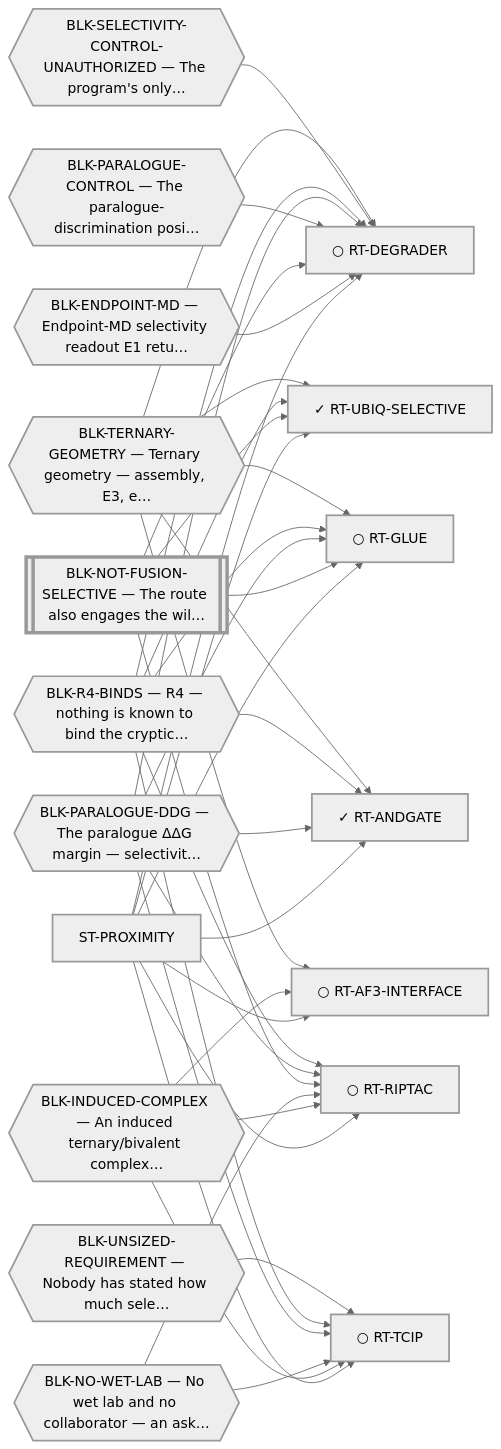
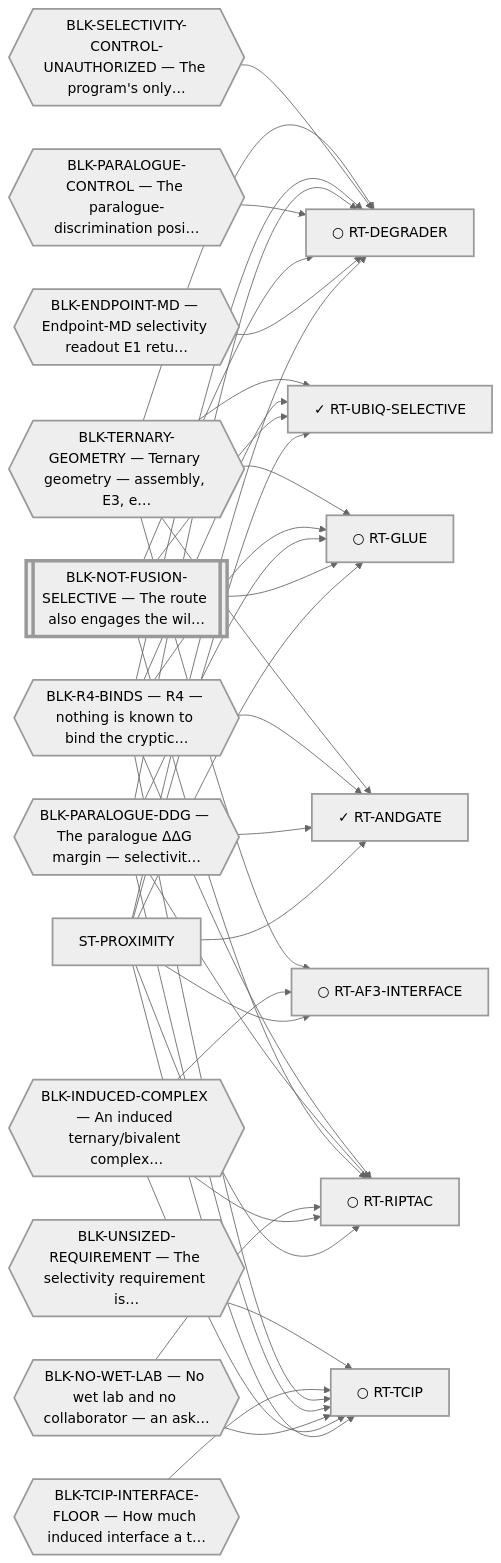
One commit to trimcrae/Rare-cancers changed the diagram in systems/views/L1-st-proximity.md. Above: the diagram before and after it, drawn with Mermaid (neutral theme). The commit also changed 11 other files, not shown here.

````diff
--- a/systems/views/L1-st-proximity.md
+++ b/systems/views/L1-st-proximity.md
@@ -35,62 +35,64 @@
 ```mermaid
 flowchart LR
   ST_PROXIMITY["ST-PROXIMITY"]:::fam
   RT_AF3_INTERFACE["○ RT-AF3-INTERFACE"]:::fam
   ST_PROXIMITY --> RT_AF3_INTERFACE
   RT_ANDGATE["✓ RT-ANDGATE"]:::fam
   ST_PROXIMITY --> RT_ANDGATE
   RT_DEGRADER["○ RT-DEGRADER"]:::fam
   ST_PROXIMITY --> RT_DEGRADER
   RT_GLUE["○ RT-GLUE"]:::fam
   ST_PROXIMITY --> RT_GLUE
   RT_RIPTAC["○ RT-RIPTAC"]:::fam
   ST_PROXIMITY --> RT_RIPTAC
   RT_TCIP["○ RT-TCIP"]:::fam
   ST_PROXIMITY --> RT_TCIP
   RT_UBIQ_SELECTIVE["✓ RT-UBIQ-SELECTIVE"]:::fam
   ST_PROXIMITY --> RT_UBIQ_SELECTIVE
 
   BLK_ENDPOINT_MD{{"BLK-ENDPOINT-MD — Endpoint-MD selectivity readout E1 retu…"}}:::blk
   BLK_ENDPOINT_MD --> RT_DEGRADER
   BLK_INDUCED_COMPLEX{{"BLK-INDUCED-COMPLEX — An induced ternary/bivalent complex…"}}:::blk
   BLK_INDUCED_COMPLEX --> RT_AF3_INTERFACE
   BLK_INDUCED_COMPLEX --> RT_RIPTAC
   BLK_INDUCED_COMPLEX --> RT_TCIP
   BLK_NO_WET_LAB{{"BLK-NO-WET-LAB — No wet lab and no collaborator — an ask…"}}:::blk
   BLK_NO_WET_LAB --> RT_RIPTAC
   BLK_NO_WET_LAB --> RT_TCIP
   BLK_NOT_FUSION_SELECTIVE[["BLK-NOT-FUSION-SELECTIVE — The route also engages the wil…"]]:::perm
   BLK_NOT_FUSION_SELECTIVE --> RT_DEGRADER
   BLK_NOT_FUSION_SELECTIVE --> RT_GLUE
   BLK_NOT_FUSION_SELECTIVE --> RT_RIPTAC
   BLK_NOT_FUSION_SELECTIVE --> RT_UBIQ_SELECTIVE
   BLK_PARALOGUE_CONTROL{{"BLK-PARALOGUE-CONTROL — The paralogue-discrimination posi…"}}:::blk
   BLK_PARALOGUE_CONTROL --> RT_DEGRADER
   BLK_PARALOGUE_DDG{{"BLK-PARALOGUE-DDG — The paralogue ΔΔG margin — selectivit…"}}:::blk
   BLK_PARALOGUE_DDG --> RT_ANDGATE
   BLK_PARALOGUE_DDG --> RT_DEGRADER
   BLK_PARALOGUE_DDG --> RT_GLUE
   BLK_PARALOGUE_DDG --> RT_RIPTAC
   BLK_PARALOGUE_DDG --> RT_TCIP
   BLK_R4_BINDS{{"BLK-R4-BINDS — R4 — nothing is known to bind the cryptic…"}}:::blk
   BLK_R4_BINDS --> RT_ANDGATE
   BLK_R4_BINDS --> RT_DEGRADER
   BLK_R4_BINDS --> RT_GLUE
   BLK_R4_BINDS --> RT_RIPTAC
   BLK_R4_BINDS --> RT_TCIP
   BLK_R4_BINDS --> RT_UBIQ_SELECTIVE
   BLK_SELECTIVITY_CONTROL_UNAUTHORIZED{{"BLK-SELECTIVITY-CONTROL-UNAUTHORIZED — The program's only…"}}:::blk
   BLK_SELECTIVITY_CONTROL_UNAUTHORIZED --> RT_DEGRADER
+  BLK_TCIP_INTERFACE_FLOOR{{"BLK-TCIP-INTERFACE-FLOOR — How much induced interface a t…"}}:::blk
+  BLK_TCIP_INTERFACE_FLOOR --> RT_TCIP
   BLK_TERNARY_GEOMETRY{{"BLK-TERNARY-GEOMETRY — Ternary geometry — assembly, E3, e…"}}:::blk
   BLK_TERNARY_GEOMETRY --> RT_AF3_INTERFACE
   BLK_TERNARY_GEOMETRY --> RT_ANDGATE
   BLK_TERNARY_GEOMETRY --> RT_DEGRADER
   BLK_TERNARY_GEOMETRY --> RT_GLUE
   BLK_TERNARY_GEOMETRY --> RT_UBIQ_SELECTIVE
-  BLK_UNSIZED_REQUIREMENT{{"BLK-UNSIZED-REQUIREMENT — Nobody has stated how much sele…"}}:::blk
+  BLK_UNSIZED_REQUIREMENT{{"BLK-UNSIZED-REQUIREMENT — The selectivity requirement is…"}}:::blk
   BLK_UNSIZED_REQUIREMENT --> RT_TCIP
   classDef fam stroke-width:2px;
   classDef blk stroke-width:2px;
   classDef perm stroke-width:4px;
   classDef tech stroke-width:1px,stroke-dasharray:4 3;
 ```
````
